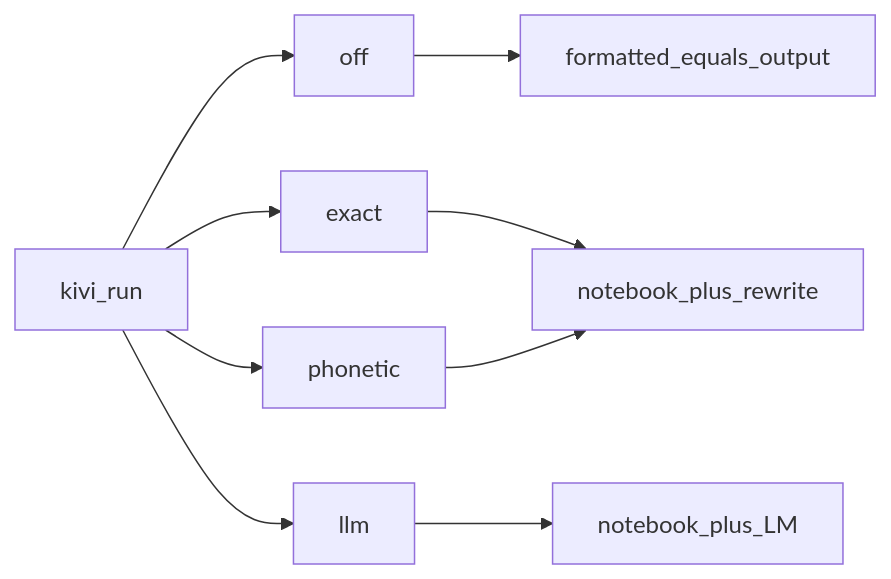
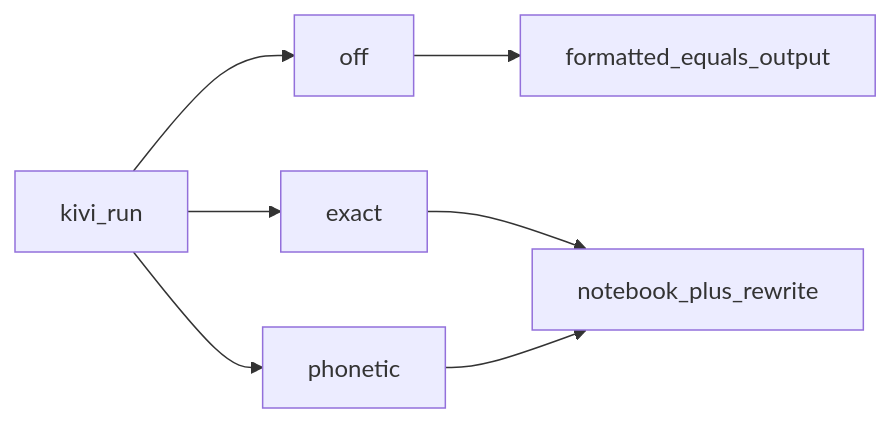
The seventh of 9 diagrams in README.md (Akshit11318/kivi-memory-backend-akshit), drawn with Mermaid before and after one commit. The commit also changed other lines of this file and 39 other files, not shown here.

First line of the commit message:
Ship a keyless review path: drop the unused LLM slot and make the notebook demoable.

````diff
--- a/README.md
+++ b/README.md
@@ -198,11 +220,9 @@
 ```mermaid
 flowchart LR
   P[kivi_run] --> off
   P --> exact
   P --> phonetic
-  P --> llm
   off --> Same[formatted_equals_output]
   exact --> Note[notebook_plus_rewrite]
   phonetic --> Note
-  llm --> Prompt[notebook_plus_LM]
 ```
````
